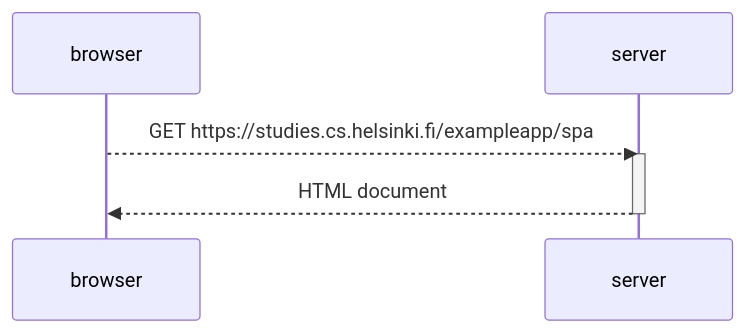
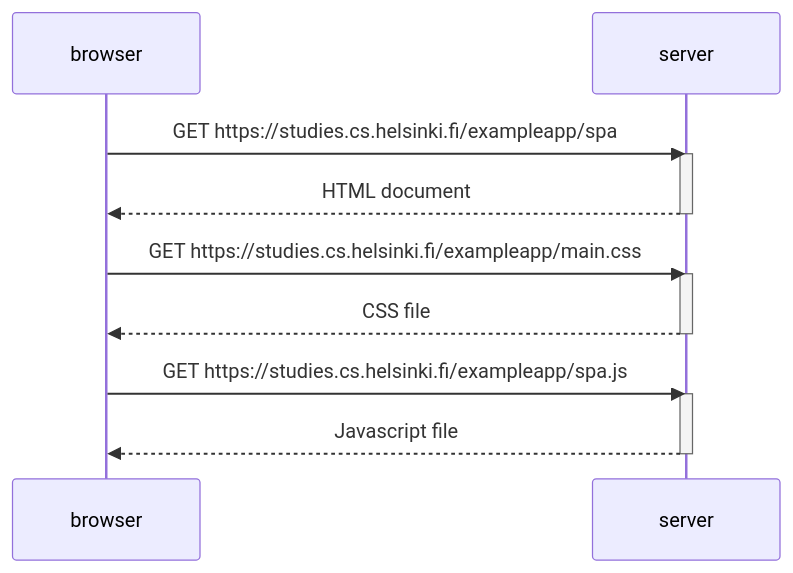
One commit to TorreEgger/fullstack changed the diagram in osa0/05.md. Above: the diagram before and after it, drawn with Mermaid.

Commit message:
Update 05.md
0.5 ready

````diff
--- a/osa0/05.md
+++ b/osa0/05.md
@@ -1,15 +1,27 @@
 ```mermaid
 
 
 sequenceDiagram
     participant browser
     participant server
 
 
-    browser-->>server: GET https://studies.cs.helsinki.fi/exampleapp/spa
+    browser->>server: GET https://studies.cs.helsinki.fi/exampleapp/spa
     activate server
     server-->>browser: HTML document
     deactivate server
 
 
+    browser->>server: GET https://studies.cs.helsinki.fi/exampleapp/main.css
+    activate server
+    server-->>browser: CSS file
+    deactivate server
+
+
+    browser->>server: GET https://studies.cs.helsinki.fi/exampleapp/spa.js
+    activate server
+    server-->>browser: Javascript file
+    deactivate server
+
+
 ```
````
